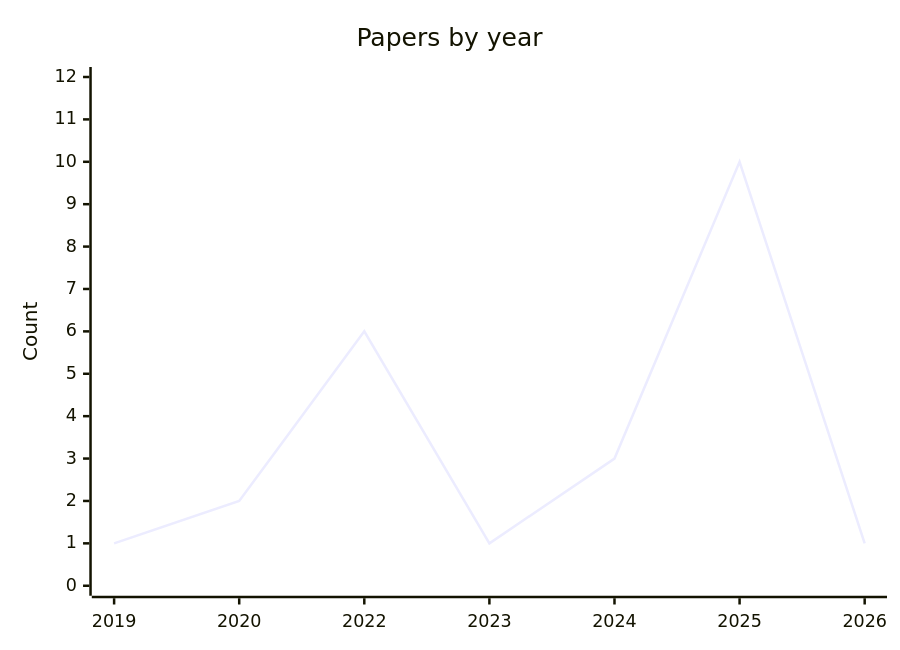
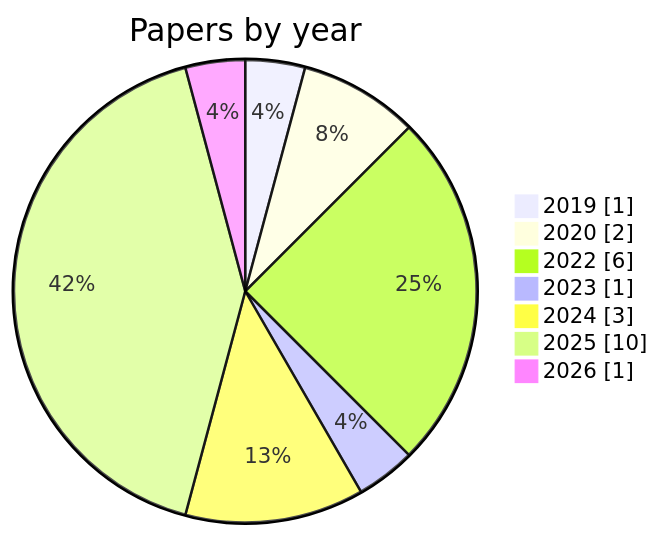
The third of 4 diagrams in README.md (FeifanWang1029/Energy-AIoT-Survey), drawn with Mermaid before and after one commit. The commit also changed other lines of this file, not shown here.

````diff
--- a/README.md
+++ b/README.md
@@ -302,7 +302,11 @@
 ```mermaid
-xychart-beta
-    title "Papers by year"
-    x-axis [2019, 2020, 2022, 2023, 2024, 2025, 2026]
-    y-axis "Count" 0 --> 12
-    line [1, 2, 6, 1, 3, 10, 1]
+pie showData
+    title Papers by year
+    "2019" : 1
+    "2020" : 2
+    "2022" : 6
+    "2023" : 1
+    "2024" : 3
+    "2025" : 10
+    "2026" : 1
 ```
````
